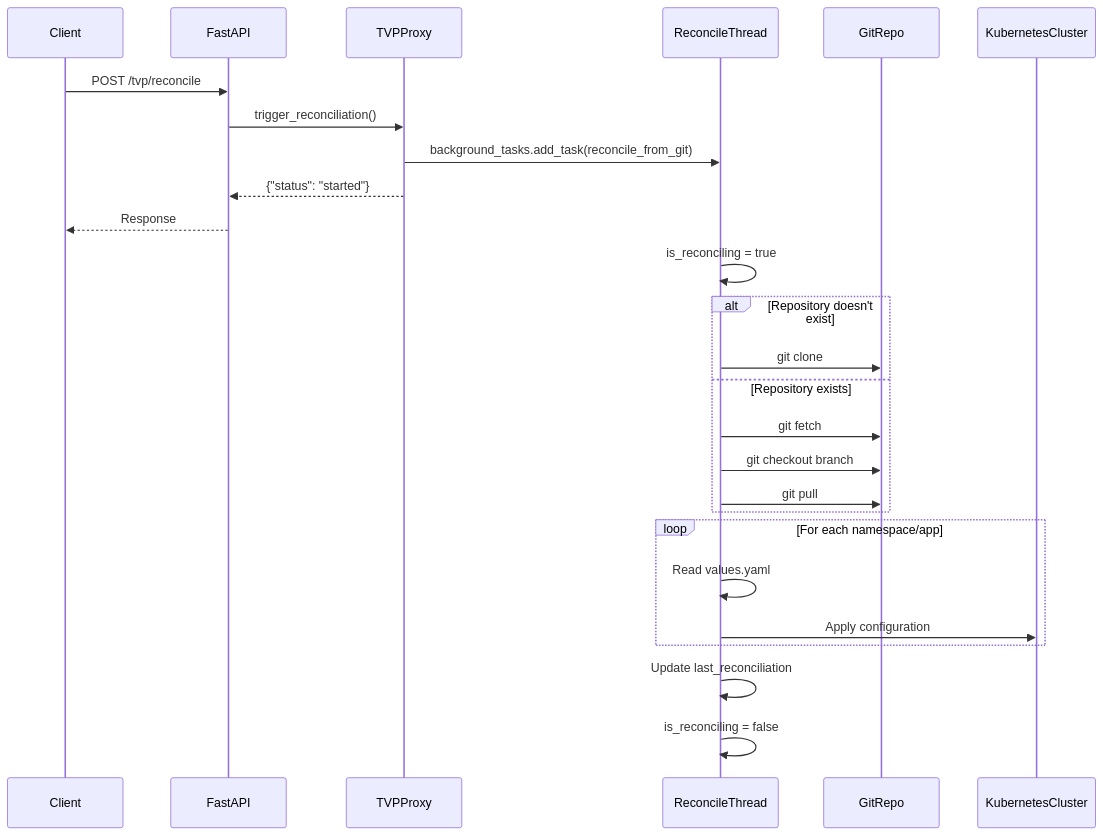
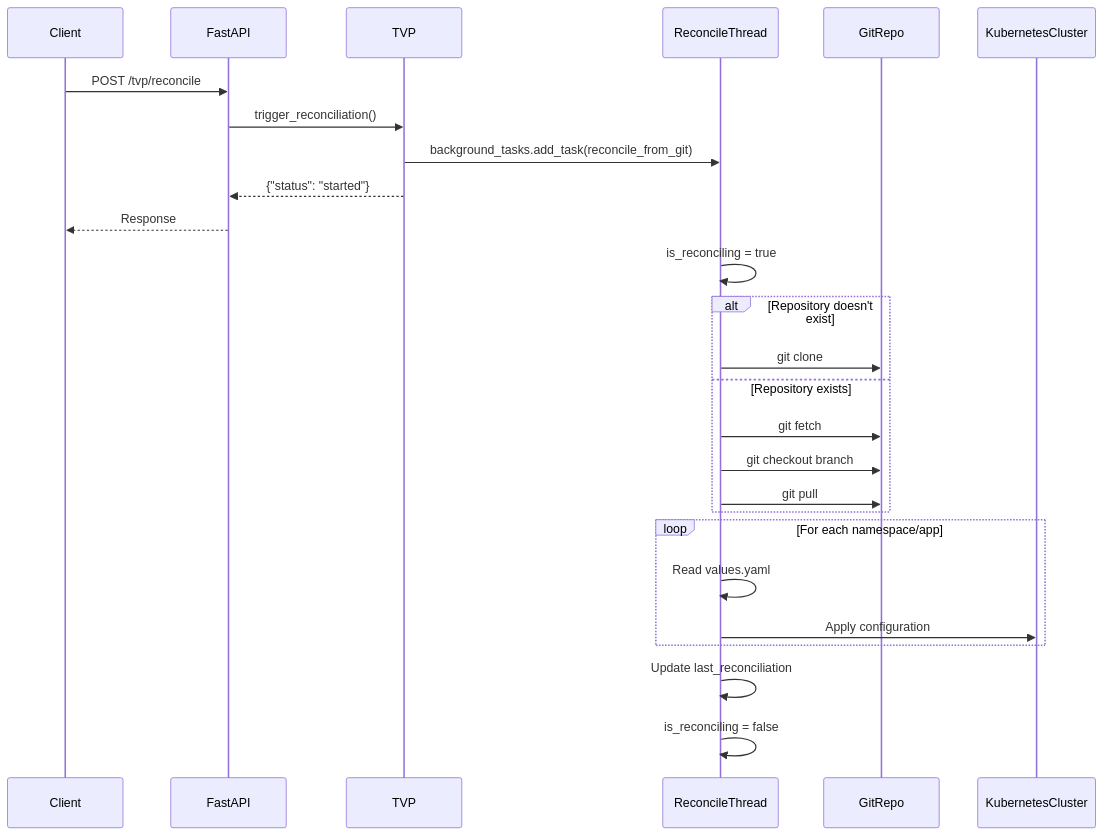
Before and after one commit to lloydchang/tvp-k8s: the diagram in fastapi/mermaid/tvp-reconciliation-sequence.mermaid, drawn with Mermaid. The commit also changed 2 other files, not shown here.

```diff
--- a/fastapi/mermaid/tvp-reconciliation-sequence.mermaid
+++ b/fastapi/mermaid/tvp-reconciliation-sequence.mermaid
@@ -1,31 +1,31 @@
 sequenceDiagram
     participant Client
     participant FastAPI
-    participant TVPProxy
+    participant TVP
     participant ReconcileThread
     participant GitRepo
     participant KubernetesCluster
     
     Client->>FastAPI: POST /tvp/reconcile
-    FastAPI->>TVPProxy: trigger_reconciliation()
-    TVPProxy->>ReconcileThread: background_tasks.add_task(reconcile_from_git)
-    TVPProxy-->>FastAPI: {"status": "started"}
+    FastAPI->>TVP: trigger_reconciliation()
+    TVP->>ReconcileThread: background_tasks.add_task(reconcile_from_git)
+    TVP-->>FastAPI: {"status": "started"}
     FastAPI-->>Client: Response
     
     ReconcileThread->>ReconcileThread: is_reconciling = true
     
     alt Repository doesn't exist
         ReconcileThread->>GitRepo: git clone
     else Repository exists
         ReconcileThread->>GitRepo: git fetch
         ReconcileThread->>GitRepo: git checkout branch
         ReconcileThread->>GitRepo: git pull
     end
     
     loop For each namespace/app
         ReconcileThread->>ReconcileThread: Read values.yaml
         ReconcileThread->>KubernetesCluster: Apply configuration
     end
     
     ReconcileThread->>ReconcileThread: Update last_reconciliation
     ReconcileThread->>ReconcileThread: is_reconciling = false
```
